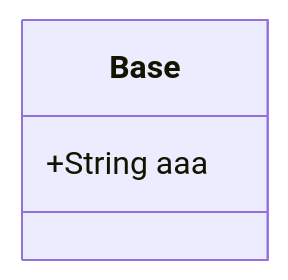
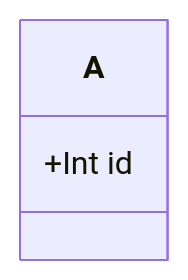
Before and after one commit to Philaeux/templates-backend: the diagram in docs/db.rst, drawn with Mermaid. The commit also changed other lines of this file and 13 other files, not shown here.

Commit message:
Update docs, remove class inheritance for schema

```diff
--- a/docs/db.rst
+++ b/docs/db.rst
@@ -7,3 +9,3 @@
-    .. mermaid::
-        classDiagram
-            Base: +String aaa
+.. mermaid::
+    classDiagram
+        A: +Int id
```
